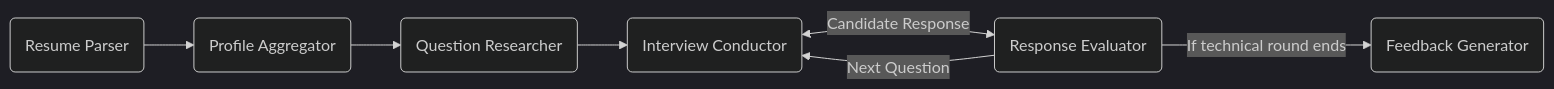
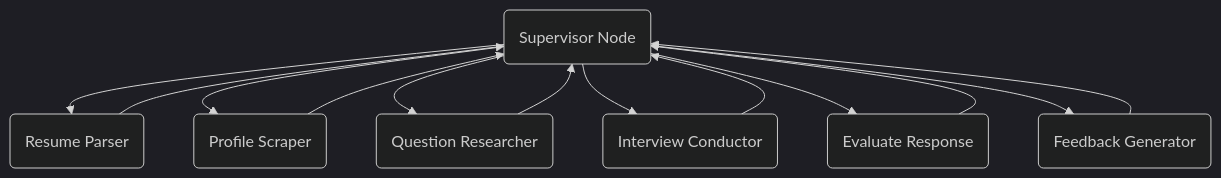
One commit to kunaljit3006/HirePrep_AI changed the second of 2 diagrams in README.md. Above: the diagram before and after it, drawn with Mermaid (dark theme). The commit also changed other lines of this file, not shown here.

Commit message:
Correct LLM configuration docs, fix Supervisor architecture diagram, and document FastAPI endpoints

````diff
--- a/README.md
+++ b/README.md
@@ -68,10 +68,15 @@
 ```mermaid
-flowchart LR
-    A(Resume Parser) --> B(Profile Aggregator)
-    B --> C(Question Researcher)
-    C --> D(Interview Conductor)
-    
-    D <-->|Candidate Response| E(Response Evaluator)
-    E -->|If technical round ends| F(Feedback Generator)
-    E -->|Next Question| D
+flowchart TD
+    S(Supervisor Node) --> A(Resume Parser)
+    A --> S
+    S --> B(Profile Scraper)
+    B --> S
+    S --> C(Question Researcher)
+    C --> S
+    S --> D(Interview Conductor)
+    D --> S
+    S --> E(Evaluate Response)
+    E --> S
+    S --> F(Feedback Generator)
+    F --> S
 ```
````
